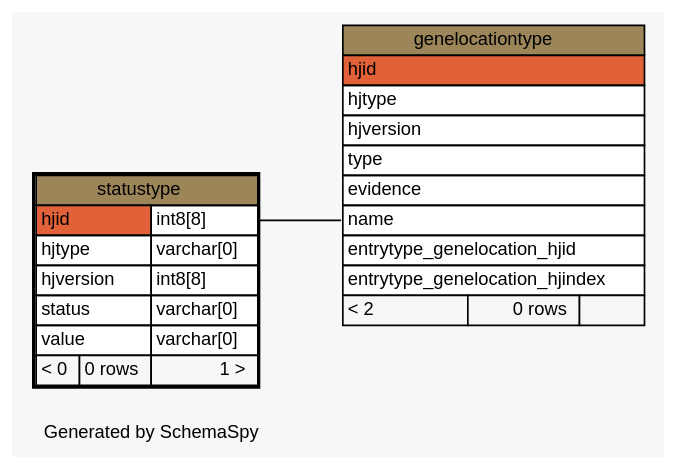
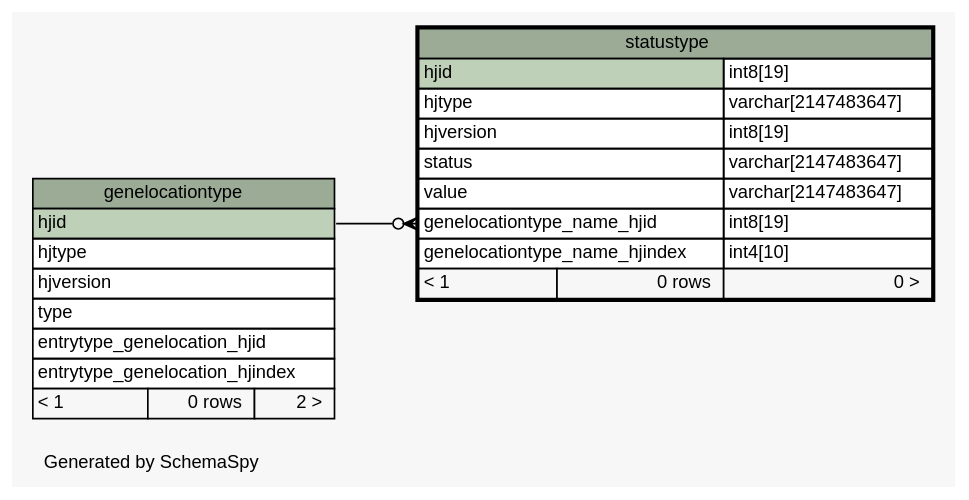
The diagram in site/jekyll/assets/schemaspy/uniprotdb/diagrams/statustype.1degree.dot (lmu-bioinformatics/xmlpipedb), drawn with Graphviz before and after one commit. The commit also changed 1451 other files, not shown here.

Commit message:
New SchemaSpy Results

```diff
--- a/site/jekyll/assets/schemaspy/uniprotdb/diagrams/statustype.1degree.dot
+++ b/site/jekyll/assets/schemaspy/uniprotdb/diagrams/statustype.1degree.dot
@@ -1,54 +1,54 @@
-// dot 2.22.2 on Windows Vista 6.0
-// SchemaSpy rev 536
+// dot 2.38.0 on Windows 8.1 6.3
+// SchemaSpy rev 590
 digraph "oneDegreeRelationshipsDiagram" {
   graph [
     rankdir="RL"
     bgcolor="#f7f7f7"
     label="\nGenerated by SchemaSpy"
     labeljust="l"
     nodesep="0.18"
     ranksep="0.46"
     fontname="Helvetica"
     fontsize="11"
   ];
   node [
     fontname="Helvetica"
     fontsize="11"
     shape="plaintext"
   ];
   edge [
     arrowsize="0.8"
   ];
-  "genelocationtype":"name":w -> "statustype":"hjid.type":e [arrowhead=none arrowtail=crowodot];
+  "statustype":"genelocationtype_name_hjid":w -> "genelocationtype":"hjid":e [arrowhead=none dir=back arrowtail=crowodot];
   "genelocationtype" [
     label=<
     <TABLE BORDER="0" CELLBORDER="1" CELLSPACING="0" BGCOLOR="#ffffff">
-      <TR><TD COLSPAN="3" BGCOLOR="#9b8559" ALIGN="CENTER">genelocationtype</TD></TR>
-      <TR><TD PORT="hjid" COLSPAN="3" BGCOLOR="#e16239" ALIGN="LEFT">hjid</TD></TR>
+      <TR><TD COLSPAN="3" BGCOLOR="#9bab96" ALIGN="CENTER">genelocationtype</TD></TR>
+      <TR><TD PORT="hjid" COLSPAN="3" BGCOLOR="#bed1b8" ALIGN="LEFT">hjid</TD></TR>
       <TR><TD PORT="hjtype" COLSPAN="3" ALIGN="LEFT">hjtype</TD></TR>
       <TR><TD PORT="hjversion" COLSPAN="3" ALIGN="LEFT">hjversion</TD></TR>
       <TR><TD PORT="type" COLSPAN="3" ALIGN="LEFT">type</TD></TR>
-      <TR><TD PORT="evidence" COLSPAN="3" ALIGN="LEFT">evidence</TD></TR>
-      <TR><TD PORT="name" COLSPAN="3" ALIGN="LEFT">name</TD></TR>
       <TR><TD PORT="entrytype_genelocation_hjid" COLSPAN="3" ALIGN="LEFT">entrytype_genelocation_hjid</TD></TR>
       <TR><TD PORT="entrytype_genelocation_hjindex" COLSPAN="3" ALIGN="LEFT">entrytype_genelocation_hjindex</TD></TR>
-      <TR><TD ALIGN="LEFT" BGCOLOR="#f7f7f7">&lt; 2</TD><TD ALIGN="RIGHT" BGCOLOR="#f7f7f7">0 rows</TD><TD ALIGN="RIGHT" BGCOLOR="#f7f7f7">  </TD></TR>
+      <TR><TD ALIGN="LEFT" BGCOLOR="#f7f7f7">&lt; 1</TD><TD ALIGN="RIGHT" BGCOLOR="#f7f7f7">0 rows</TD><TD ALIGN="RIGHT" BGCOLOR="#f7f7f7">2 &gt;</TD></TR>
     </TABLE>>
     URL="genelocationtype.html"
     tooltip="genelocationtype"
   ];
   "statustype" [
     label=<
     <TABLE BORDER="2" CELLBORDER="1" CELLSPACING="0" BGCOLOR="#ffffff">
-      <TR><TD COLSPAN="3" BGCOLOR="#9b8559" ALIGN="CENTER">statustype</TD></TR>
-      <TR><TD PORT="hjid" COLSPAN="2" BGCOLOR="#e16239" ALIGN="LEFT">hjid</TD><TD PORT="hjid.type" ALIGN="LEFT">int8[8]</TD></TR>
-      <TR><TD PORT="hjtype" COLSPAN="2" ALIGN="LEFT">hjtype</TD><TD PORT="hjtype.type" ALIGN="LEFT">varchar[0]</TD></TR>
-      <TR><TD PORT="hjversion" COLSPAN="2" ALIGN="LEFT">hjversion</TD><TD PORT="hjversion.type" ALIGN="LEFT">int8[8]</TD></TR>
-      <TR><TD PORT="status" COLSPAN="2" ALIGN="LEFT">status</TD><TD PORT="status.type" ALIGN="LEFT">varchar[0]</TD></TR>
-      <TR><TD PORT="value" COLSPAN="2" ALIGN="LEFT">value</TD><TD PORT="value.type" ALIGN="LEFT">varchar[0]</TD></TR>
-      <TR><TD ALIGN="LEFT" BGCOLOR="#f7f7f7">&lt; 0</TD><TD ALIGN="RIGHT" BGCOLOR="#f7f7f7">0 rows</TD><TD ALIGN="RIGHT" BGCOLOR="#f7f7f7">1 &gt;</TD></TR>
+      <TR><TD COLSPAN="3" BGCOLOR="#9bab96" ALIGN="CENTER">statustype</TD></TR>
+      <TR><TD PORT="hjid" COLSPAN="2" BGCOLOR="#bed1b8" ALIGN="LEFT">hjid</TD><TD PORT="hjid.type" ALIGN="LEFT">int8[19]</TD></TR>
+      <TR><TD PORT="hjtype" COLSPAN="2" ALIGN="LEFT">hjtype</TD><TD PORT="hjtype.type" ALIGN="LEFT">varchar[2147483647]</TD></TR>
+      <TR><TD PORT="hjversion" COLSPAN="2" ALIGN="LEFT">hjversion</TD><TD PORT="hjversion.type" ALIGN="LEFT">int8[19]</TD></TR>
+      <TR><TD PORT="status" COLSPAN="2" ALIGN="LEFT">status</TD><TD PORT="status.type" ALIGN="LEFT">varchar[2147483647]</TD></TR>
+      <TR><TD PORT="value" COLSPAN="2" ALIGN="LEFT">value</TD><TD PORT="value.type" ALIGN="LEFT">varchar[2147483647]</TD></TR>
+      <TR><TD PORT="genelocationtype_name_hjid" COLSPAN="2" ALIGN="LEFT">genelocationtype_name_hjid</TD><TD PORT="genelocationtype_name_hjid.type" ALIGN="LEFT">int8[19]</TD></TR>
+      <TR><TD PORT="genelocationtype_name_hjindex" COLSPAN="2" ALIGN="LEFT">genelocationtype_name_hjindex</TD><TD PORT="genelocationtype_name_hjindex.type" ALIGN="LEFT">int4[10]</TD></TR>
+      <TR><TD ALIGN="LEFT" BGCOLOR="#f7f7f7">&lt; 1</TD><TD ALIGN="RIGHT" BGCOLOR="#f7f7f7">0 rows</TD><TD ALIGN="RIGHT" BGCOLOR="#f7f7f7">0 &gt;</TD></TR>
     </TABLE>>
     URL="statustype.html"
     tooltip="statustype"
   ];
 }
```
